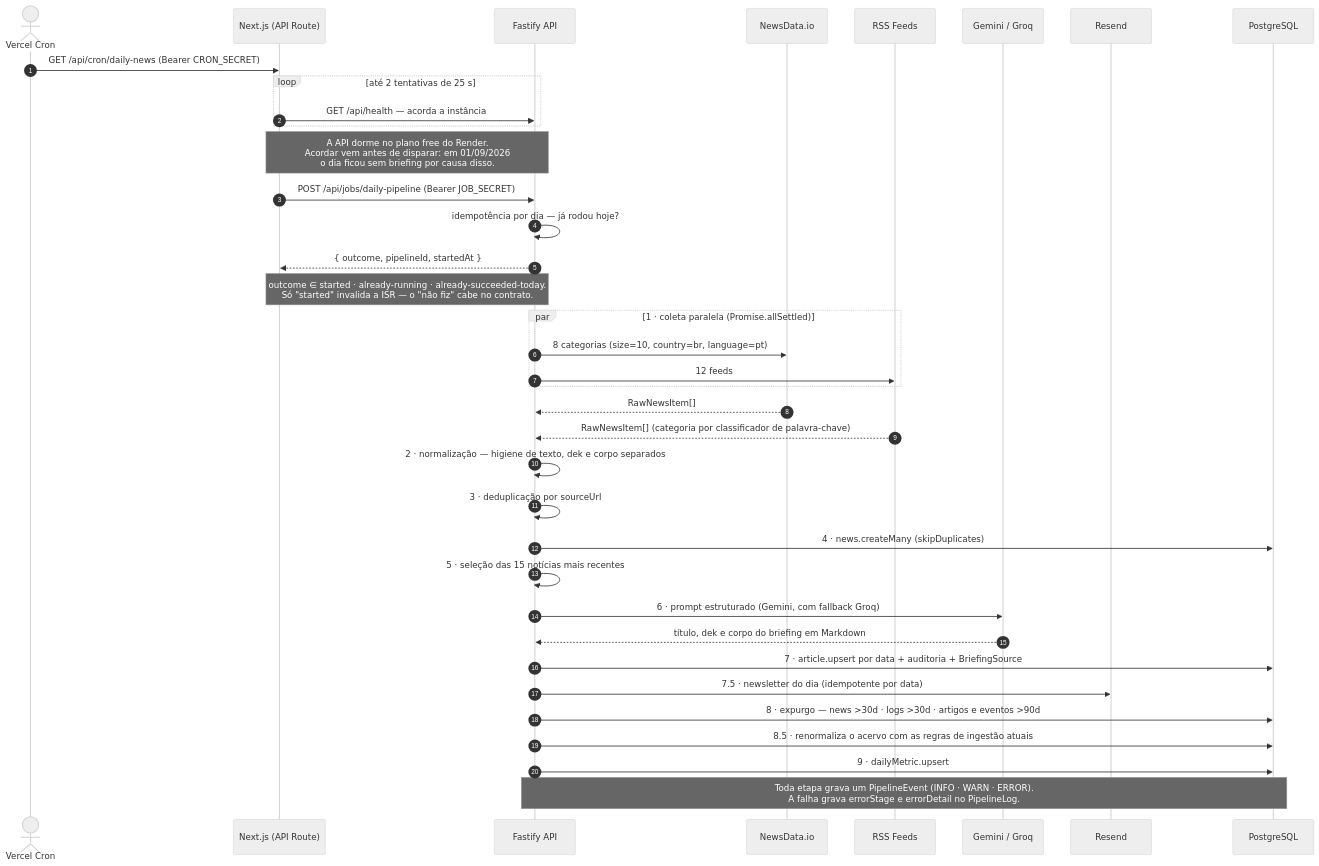
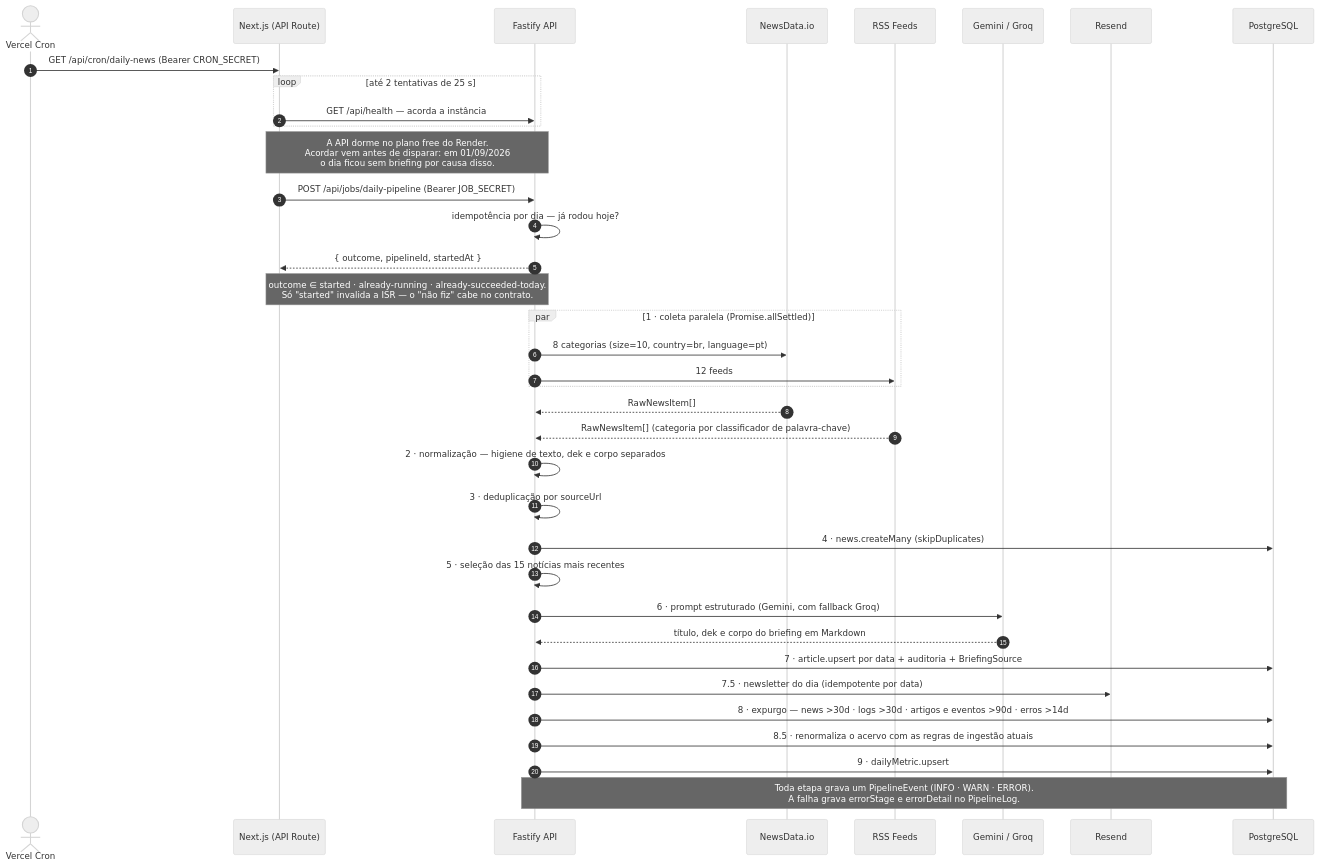
One commit to tavinholoco/newra-news changed the diagram in docs/diagrams/pipeline-sequence.mermaid. Above: the diagram before and after it, drawn with Mermaid (neutral theme). The commit also changed 22 other files, not shown here.

```diff
--- a/docs/diagrams/pipeline-sequence.mermaid
+++ b/docs/diagrams/pipeline-sequence.mermaid
@@ -1,48 +1,48 @@
 %% Diagrama de Sequência do Pipeline Diário — Newra News
 %% ---
 %% Atualizado em 01/09/2026. São **11 etapas**: 1–7, 7.5 (newsletter), 8, 8.5
 %% (renormalização) e 9. As três não críticas — 7.5, 8 e 8.5 — falham sem
 %% abortar o pipeline.
 sequenceDiagram
     autonumber
     actor VC as Vercel Cron
     participant NX as Next.js (API Route)
     participant API as Fastify API
     participant ND as NewsData.io
     participant RSS as RSS Feeds
     participant IA as Gemini / Groq
     participant RES as Resend
     participant DB as PostgreSQL
 
     VC->>NX: GET /api/cron/daily-news (Bearer CRON_SECRET)
 
     loop até 2 tentativas de 25 s
         NX->>API: GET /api/health — acorda a instância
     end
     Note over NX,API: A API dorme no plano free do Render.<br/>Acordar vem antes de disparar: em 01/09/2026<br/>o dia ficou sem briefing por causa disso.
 
     NX->>API: POST /api/jobs/daily-pipeline (Bearer JOB_SECRET)
     API->>API: idempotência por dia — já rodou hoje?
     API-->>NX: { outcome, pipelineId, startedAt }
     Note over NX,API: outcome ∈ started · already-running · already-succeeded-today.<br/>Só "started" invalida a ISR — o "não fiz" cabe no contrato.
 
     par 1 · coleta paralela (Promise.allSettled)
         API->>ND: 8 categorias (size=10, country=br, language=pt)
         API->>RSS: 12 feeds
     end
     ND-->>API: RawNewsItem[]
     RSS-->>API: RawNewsItem[] (categoria por classificador de palavra-chave)
 
     API->>API: 2 · normalização — higiene de texto, dek e corpo separados
     API->>API: 3 · deduplicação por sourceUrl
     API->>DB: 4 · news.createMany (skipDuplicates)
     API->>API: 5 · seleção das 15 notícias mais recentes
     API->>IA: 6 · prompt estruturado (Gemini, com fallback Groq)
     IA-->>API: título, dek e corpo do briefing em Markdown
     API->>DB: 7 · article.upsert por data + auditoria + BriefingSource
     API->>RES: 7.5 · newsletter do dia (idempotente por data)
-    API->>DB: 8 · expurgo — news >30d · logs >30d · artigos e eventos >90d
+    API->>DB: 8 · expurgo — news >30d · logs >30d · artigos e eventos >90d · erros >14d
     API->>DB: 8.5 · renormaliza o acervo com as regras de ingestão atuais
     API->>DB: 9 · dailyMetric.upsert
 
     Note over API,DB: Toda etapa grava um PipelineEvent (INFO · WARN · ERROR).<br/>A falha grava errorStage e errorDetail no PipelineLog.
```
